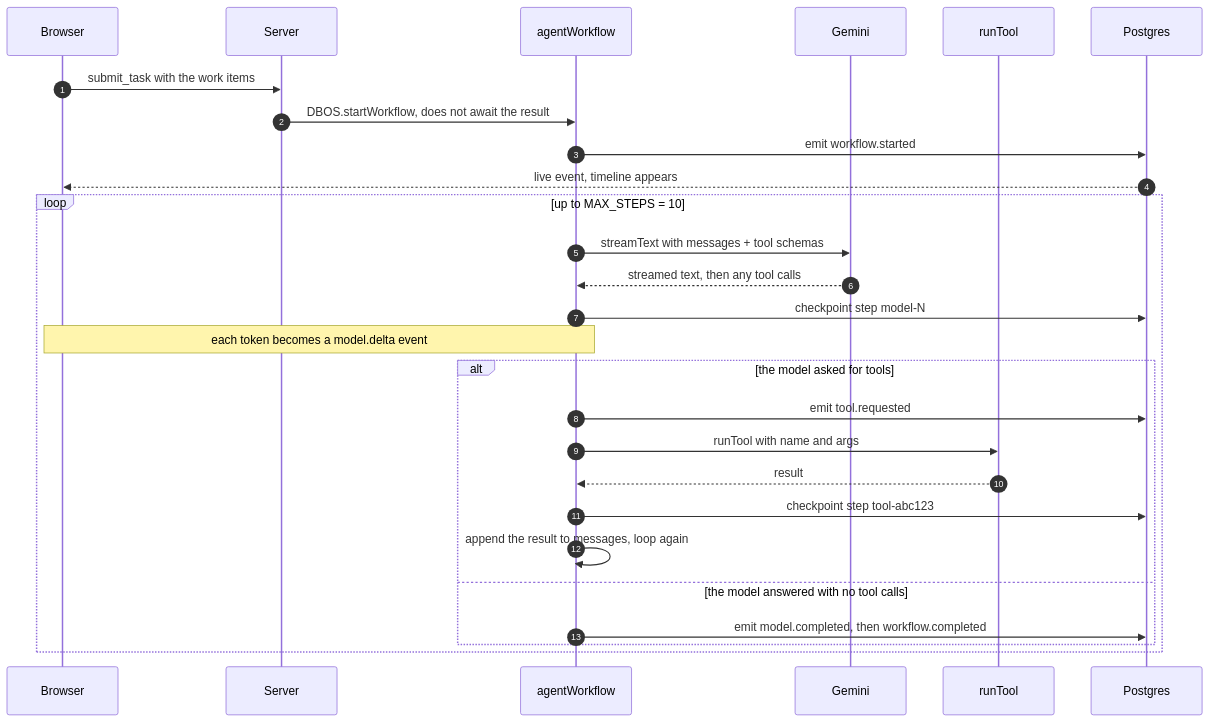
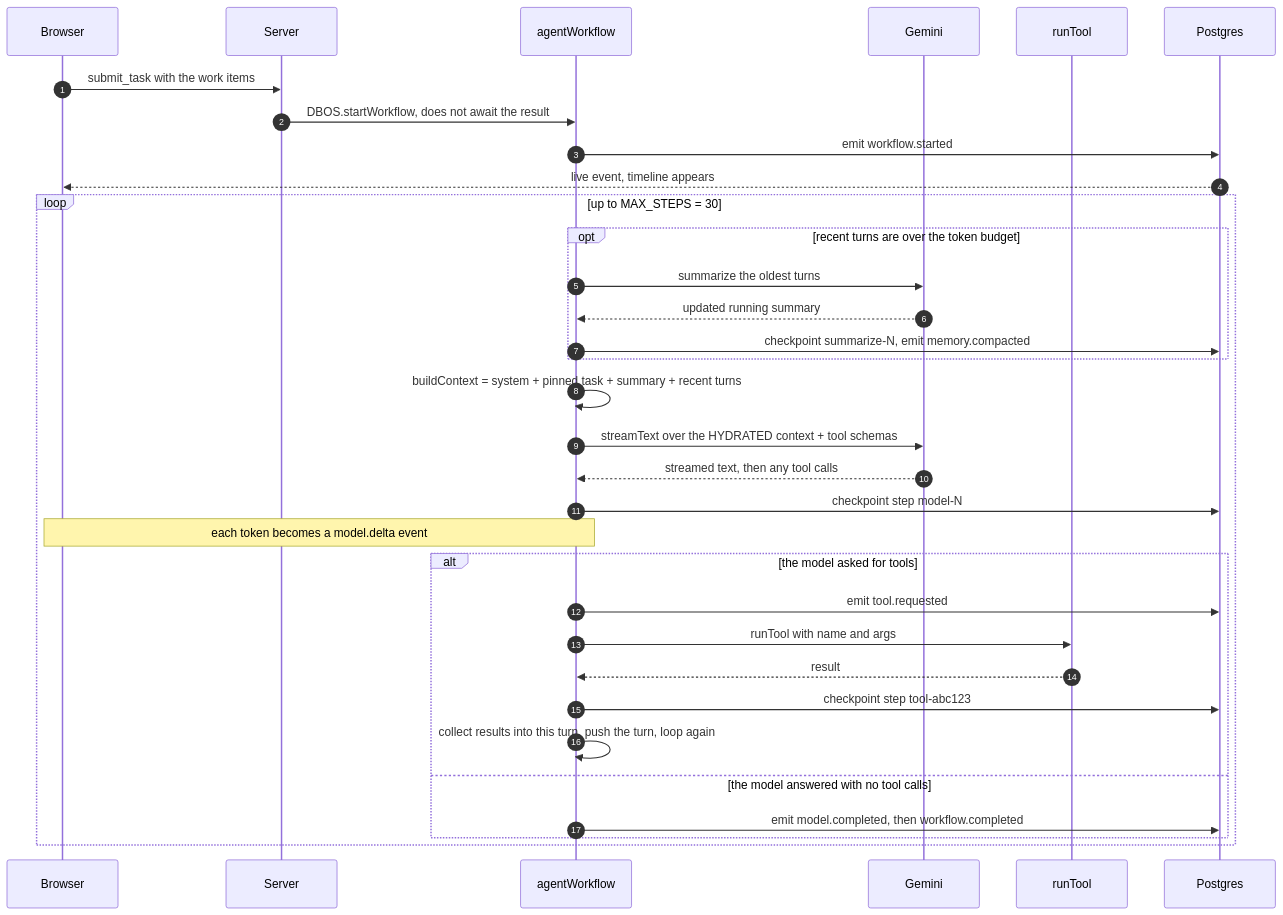
Before and after one commit to ATakaSKY/harness-learning: the second of 6 diagrams in ARCHITECTURE.md, drawn with Mermaid. The commit also changed other lines of this file and 5 other files, not shown here.

First line of the commit message:
memory: bounded context via compaction and hydration

````diff
--- a/ARCHITECTURE.md
+++ b/ARCHITECTURE.md
@@ -77,32 +85,39 @@
 ```mermaid
 sequenceDiagram
     autonumber
     participant U as Browser
     participant S as Server
     participant W as agentWorkflow
     participant M as Gemini
     participant T as runTool
     participant DB as Postgres
 
     U->>S: submit_task with the work items
     S->>W: DBOS.startWorkflow, does not await the result
     W->>DB: emit workflow.started
     DB-->>U: live event, timeline appears
 
-    loop up to MAX_STEPS = 10
-        W->>M: streamText with messages + tool schemas
+    loop up to MAX_STEPS = 30
+        opt recent turns are over the token budget
+            W->>M: summarize the oldest turns
+            M-->>W: updated running summary
+            W->>DB: checkpoint summarize-N, emit memory.compacted
+        end
+
+        W->>W: buildContext = system + pinned task + summary + recent turns
+        W->>M: streamText over the HYDRATED context + tool schemas
         M-->>W: streamed text, then any tool calls
         W->>DB: checkpoint step model-N
         Note over W,U: each token becomes a model.delta event
 
         alt the model asked for tools
             W->>DB: emit tool.requested
             W->>T: runTool with name and args
             T-->>W: result
             W->>DB: checkpoint step tool-abc123
-            W->>W: append the result to messages, loop again
+            W->>W: collect results into this turn, push the turn, loop again
         else the model answered with no tool calls
             W->>DB: emit model.completed, then workflow.completed
         end
     end
 ```
````
